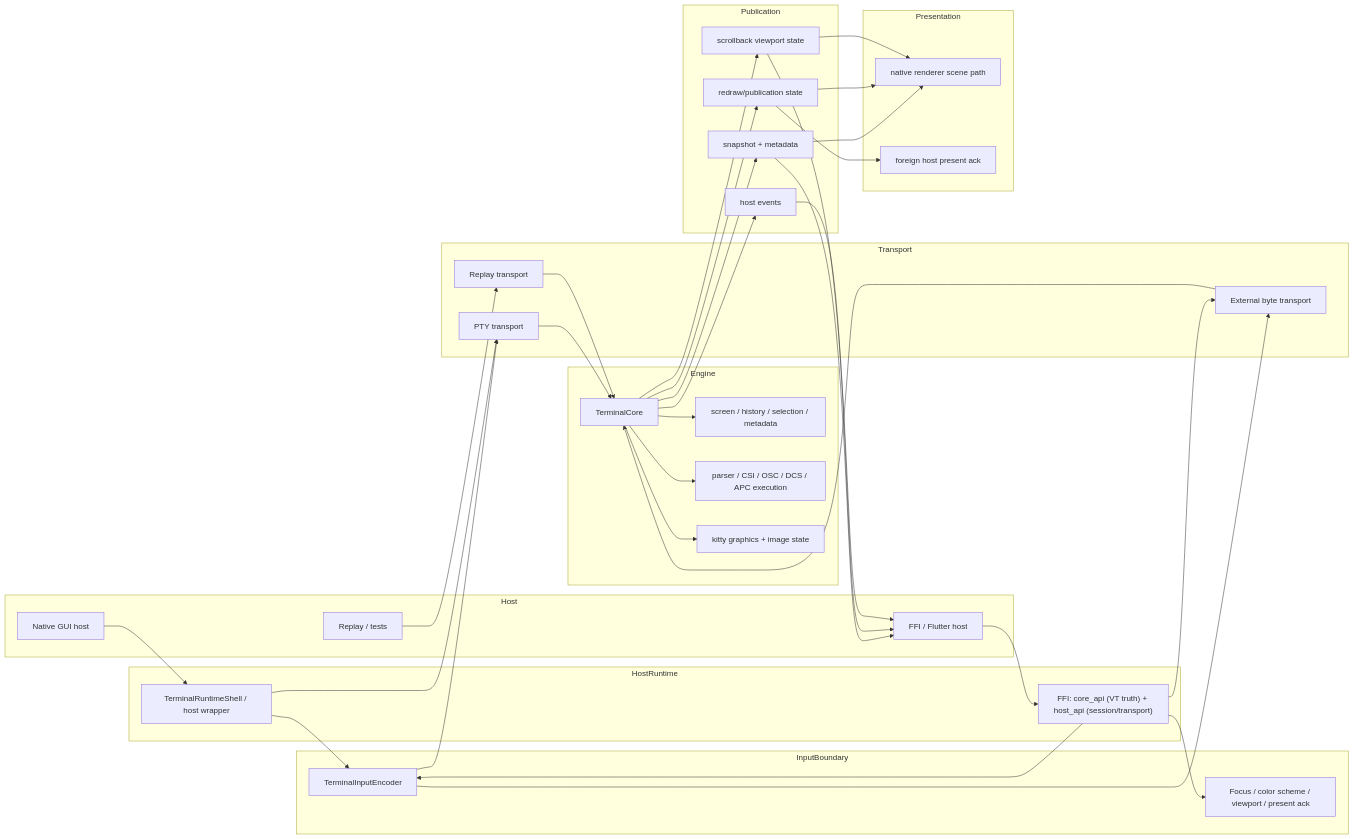
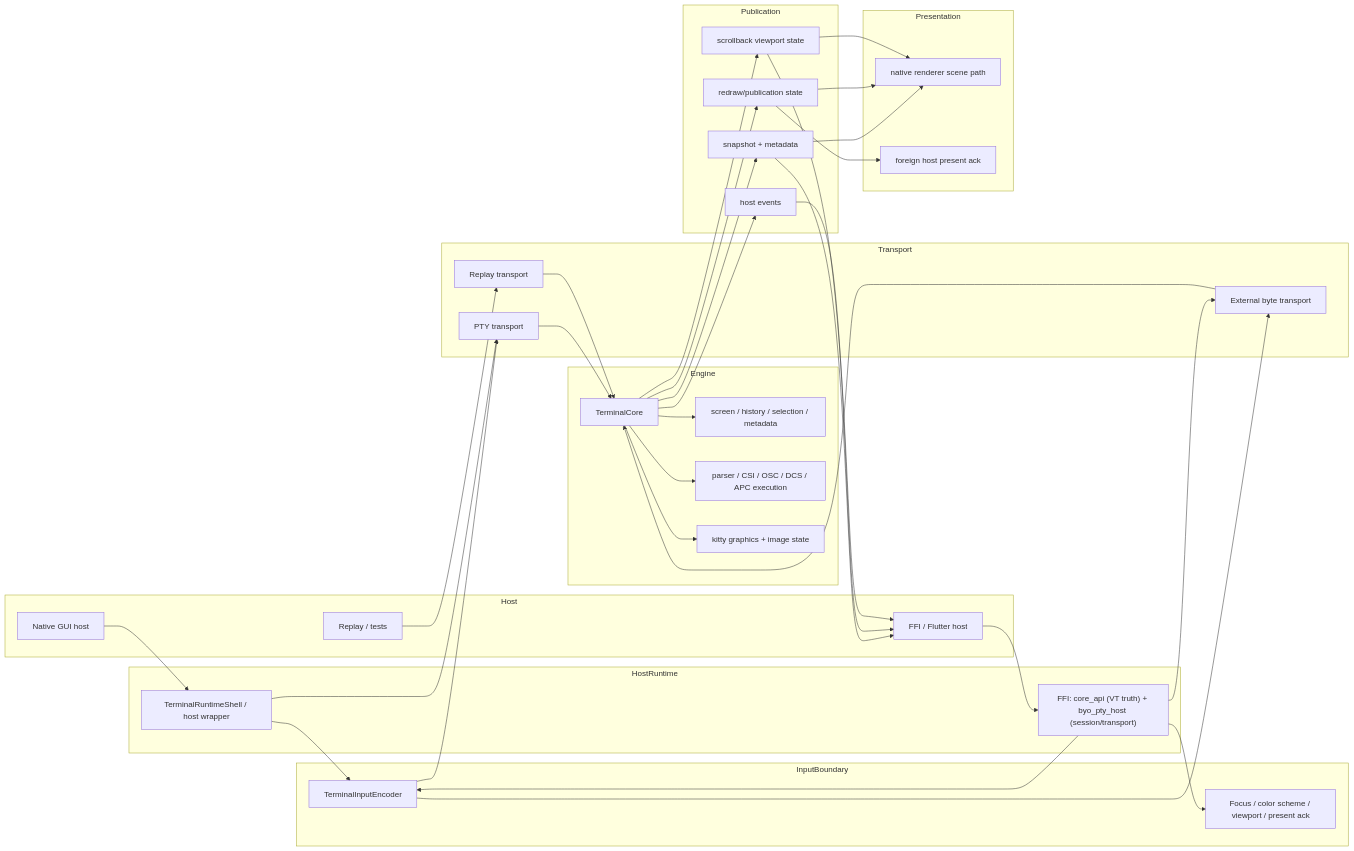
The second of 4 diagrams in app_architecture/terminal/TERMINAL_SUBSYSTEM_LAYERS.md (LaurenceGuws/Zide), drawn with Mermaid before and after one commit. The commit also changed other lines of this file and 3 other files, not shown here.

First line of the commit message:
CZH-619: sync authority docs for byo_pty_host packaging

````diff
--- a/app_architecture/terminal/TERMINAL_SUBSYSTEM_LAYERS.md
+++ b/app_architecture/terminal/TERMINAL_SUBSYSTEM_LAYERS.md
@@ -59,77 +59,77 @@
 ```mermaid
 flowchart LR
     subgraph Host
         Native["Native GUI host"]
         FFI["FFI / Flutter host"]
         Replay["Replay / tests"]
     end
 
     subgraph HostRuntime
         Shell["TerminalRuntimeShell / host wrapper"]
-        Bridge["FFI: core_api (VT truth) + host_api (session/transport)"]
+        Bridge["FFI: core_api (VT truth) + byo_pty_host (session/transport)"]
     end
 
     subgraph InputBoundary
         Encoder["TerminalInputEncoder"]
         HostSignals["Focus / color scheme / viewport / present ack"]
     end
 
     subgraph Transport
         Pty["PTY transport"]
         External["External byte transport"]
         Fixture["Replay transport"]
     end
 
     subgraph Engine
         Core["TerminalCore"]
         Model["screen / history / selection / metadata"]
         Protocol["parser / CSI / OSC / DCS / APC execution"]
         Graphics["kitty graphics + image state"]
     end
 
     subgraph Publication
         Snapshot["snapshot + metadata"]
         Events["host events"]
         Redraw["redraw/publication state"]
         Viewport["scrollback viewport state"]
     end
 
     subgraph Presentation
         NativeRender["native renderer scene path"]
         ForeignPresent["foreign host present ack"]
     end
 
     Native --> Shell
     FFI --> Bridge
     Replay --> Fixture
 
     Shell --> Encoder
     Shell --> Pty
     Bridge --> Encoder
     Bridge --> External
     Bridge --> HostSignals
 
     Encoder --> Pty
     Encoder --> External
 
     Pty --> Core
     External --> Core
     Fixture --> Core
 
     Core --> Model
     Core --> Protocol
     Core --> Graphics
 
     Core --> Snapshot
     Core --> Events
     Core --> Redraw
     Core --> Viewport
 
     Snapshot --> NativeRender
     Snapshot --> FFI
     Events --> FFI
     Redraw --> NativeRender
     Redraw --> ForeignPresent
     Viewport --> NativeRender
     Viewport --> FFI
 ```
````
